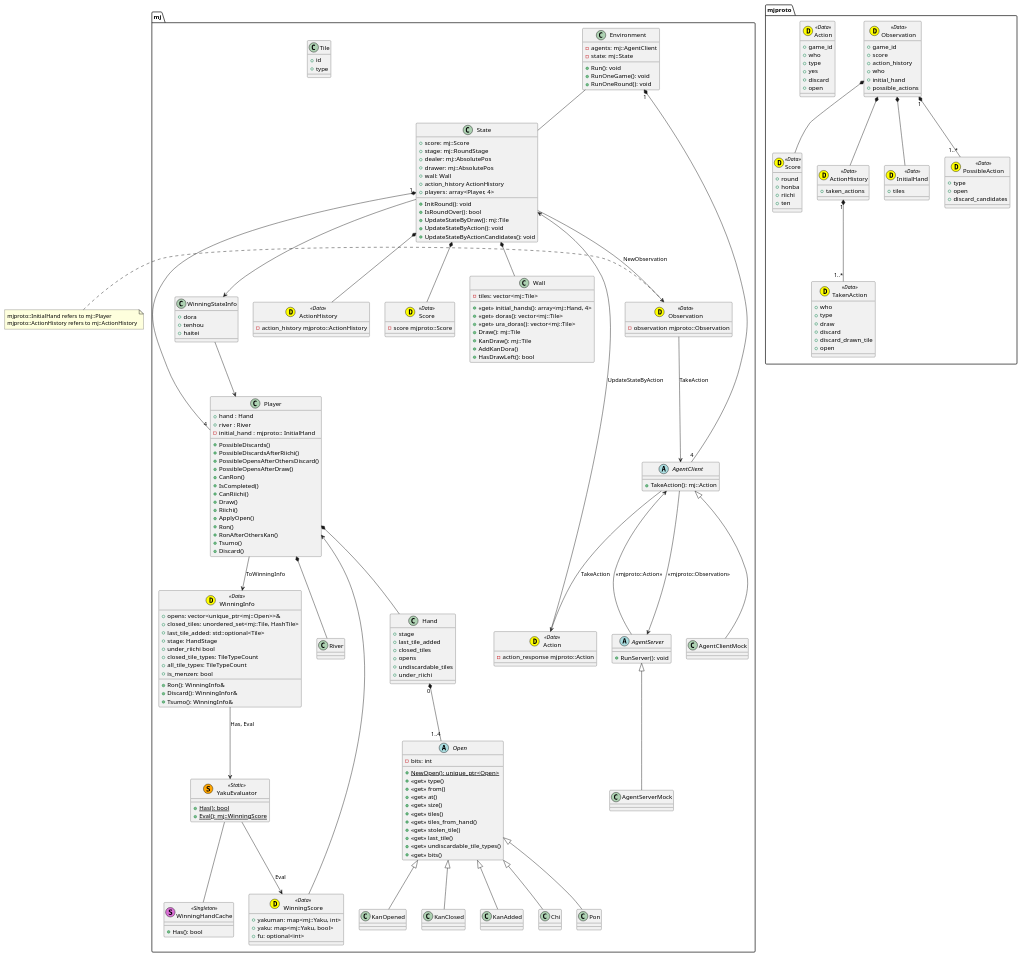
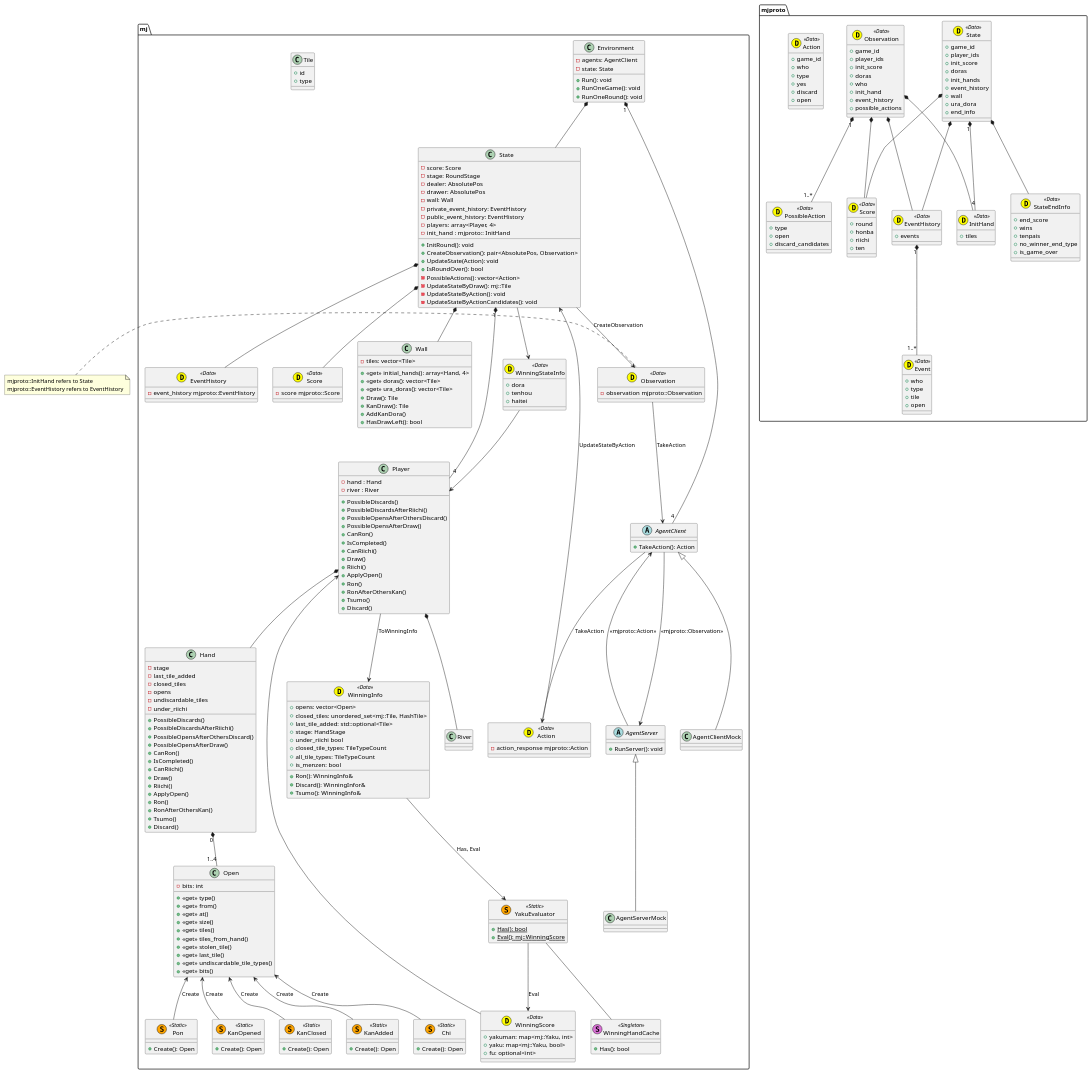
One commit to mjx-project/mjx changed the diagram in diagram.pu. Above: the diagram before and after it, drawn with PlantUML.

Commit message:
docs: update diagrams

```diff
--- a/diagram.pu
+++ b/diagram.pu
@@ -9,20 +9,18 @@
   + ten 
 }
 
-class mjproto::TakenAction <<(D,yellow) Data>> {
+class mjproto::Event <<(D,yellow) Data>> {
   + who
   + type 
-  + draw 
-  + discard 
-  + discard_drawn_tile
+  + tile
   + open
 }
 
-class mjproto::ActionHistory <<(D,yellow) Data>> {
-  + taken_actions 
+class mjproto::EventHistory <<(D,yellow) Data>> {
+  + events
 }
 
-class mjproto::InitialHand <<(D,yellow) Data>> {
+class mjproto::InitHand <<(D,yellow) Data>> {
   + tiles
 }
 
@@ -32,12 +30,34 @@
   + discard_candidates
 }
 
+class mjproto::State <<(D,yellow) Data>> {
+  + game_id
+  + player_ids
+  + init_score
+  + doras
+  + init_hands
+  + event_history
+  + wall
+  + ura_dora
+  + end_info
+} 
+
+class mjproto::StateEndInfo <<(D,yellow) Data>> {
+  + end_score
+  + wins
+  + tenpais 
+  + no_winner_end_type
+  + is_game_over
+}
+
 class mjproto::Observation <<(D,yellow) Data>> {
   + game_id
-  + score
-  + action_history
+  + player_ids
+  + init_score
+  + doras
   + who
-  + initial_hand 
+  + init_hand 
+  + event_history
   + possible_actions
 }
 
@@ -51,16 +71,21 @@
 }
 
 mjproto::Observation *-- mjproto::Score
-mjproto::Observation *-- mjproto::ActionHistory
-mjproto::Observation *-- mjproto::InitialHand
+mjproto::Observation *-- mjproto::EventHistory
+mjproto::Observation *-- mjproto::InitHand
 mjproto::Observation "1" *-- "1..*" mjproto::PossibleAction
 
-mjproto::ActionHistory "1" *-- "1..*" mjproto::TakenAction
+mjproto::State *-- mjproto::Score
+mjproto::State *-- mjproto::EventHistory
+mjproto::State "1" *-- "4" mjproto::InitHand
+mjproto::State *-- mjproto::StateEndInfo
+
+mjproto::EventHistory "1" *-- "1..*" mjproto::Event
 
 
 class mj::Environment {
-    - agents: mj::AgentClient
-    - state: mj::State
+    - agents: AgentClient
+    - state: State
     + Run(): void
     + RunOneGame(): void
     + RunOneRound(): void
@@ -75,7 +100,7 @@
     + Has(): bool
 }
 
-class mj::WinningStateInfo {
+class mj::WinningStateInfo <<(D,yellow) Data>> {
   + dora
   + tenhou
   + haitei
@@ -88,7 +113,7 @@
 }
 
 class mj::WinningInfo <<(D,yellow) Data>> {
-    + opens: vector<unique_ptr<mj::Open>>& 
+    + opens: vector<Open>
     + closed_tiles: unordered_set<mj::Tile, HashTile> 
     + last_tile_added: std::optional<Tile> 
     + stage: HandStage 
@@ -102,24 +127,28 @@
 }
 
 class mj::State {
-    + score: mj::Score
-    + stage: mj::RoundStage
-    + dealer: mj::AbsolutePos
-    + drawer: mj::AbsolutePos
-    + wall: Wall
-    + action_history ActionHistory 
-    + players: array<Player, 4>
+    - score: Score
+    - stage: RoundStage
+    - dealer: AbsolutePos
+    - drawer: AbsolutePos
+    - wall: Wall
+    - private_event_history: EventHistory
+    - public_event_history: EventHistory
+    - players: array<Player, 4>
+    - init_hand : mjproto:: InitHand
     + InitRound(): void
+    + CreateObservation(): pair<AbsolutePos, Observation>
+    + UpdateState(Action): void
     + IsRoundOver(): bool
-    + UpdateStateByDraw(): mj::Tile
-    + UpdateStateByAction(): void
-    + UpdateStateByActionCandidates(): void
+    - PossibleActions(): vector<Action>
+    - UpdateStateByDraw(): mj::Tile
+    - UpdateStateByAction(): void
+    - UpdateStateByActionCandidates(): void
 }
 
 class mj::Player {
-    + hand : Hand
-    + river : River
-    - initial_hand : mjproto:: InitialHand
+    - hand : Hand
+    - river : River
     + PossibleDiscards()
     + PossibleDiscardsAfterRiichi()
     + PossibleOpensAfterOthersDiscard()
@@ -140,16 +169,16 @@
     - observation mjproto::Observation
 }
 note left
-mjproto::InitialHand refers to mj::Player
-mjproto::ActionHistory refers to mj::ActionHistory
+mjproto::InitHand refers to State
+mjproto::EventHistory refers to EventHistory
 end note
 
-class mj::ActionHistory <<(D,yellow) Data>> {
-    - action_history mjproto::ActionHistory
+class mj::EventHistory <<(D,yellow) Data>> {
+    - event_history mjproto::EventHistory
 }
 
 abstract class mj::AgentClient {
-    + TakeAction(): mj::Action
+    + TakeAction(): Action
 }
 
 class mj::AgentClientMock {
@@ -170,12 +199,12 @@
 }
 
 class mj::Wall {
-    - tiles: vector<mj::Tile>
-    + <<get>> initial_hands(): array<mj::Hand, 4>
-    + <<get>> doras(): vector<mj::Tile>
-    + <<get>> ura_doras(): vector<mj::Tile>
-    + Draw(): mj::Tile
-    + KanDraw(): mj::Tile
+    - tiles: vector<Tile>
+    + <<get>> initial_hands(): array<Hand, 4>
+    + <<get>> doras(): vector<Tile>
+    + <<get>> ura_doras(): vector<Tile>
+    + Draw(): Tile
+    + KanDraw(): Tile
     + AddKanDora()
     + HasDrawLeft(): bool
 }
@@ -189,17 +218,31 @@
 }
 
 class mj::Hand {
-    + stage
-    + last_tile_added
-    + closed_tiles
-    + opens
-    + undiscardable_tiles
-    + under_riichi
+    - stage
+    - last_tile_added
+    - closed_tiles
+    - opens
+    - undiscardable_tiles
+    - under_riichi
+    + PossibleDiscards()
+    + PossibleDiscardsAfterRiichi()
+    + PossibleOpensAfterOthersDiscard()
+    + PossibleOpensAfterDraw()
+    + CanRon()
+    + IsCompleted()
+    + CanRiichi()
+    + Draw()
+    + Riichi()
+    + ApplyOpen()
+    + Ron()
+    + RonAfterOthersKan()
+    + Tsumo()
+    + Discard()
+
 }
 
-abstract class mj::Open {
+class mj::Open {
     - bits: int
-    + {static} NewOpen(): unique_ptr<Open>
     + <<get>> type()
     + <<get>> from()
     + <<get>> at()
@@ -212,24 +255,24 @@
     + <<get>> bits()
 }
 
-class mj::Chi {
-
+class mj::Chi <<(S,orange) Static>> {
+    + Create(): Open
 }
 
-class mj::Pon {
-
+class mj::Pon <<(S,orange) Static>> {
+    + Create(): Open
 }
 
-class mj::KanOpened {
-
+class mj::KanOpened <<(S,orange) Static>> {
+    + Create(): Open
 }
 
-class mj::KanClosed {
-
+class mj::KanClosed <<(S,orange) Static>> {
+    + Create(): Open
 }
 
-class mj::KanAdded {
-
+class mj::KanAdded <<(S,orange) Static>> {
+    + Create(): Open
 }
 
 class mj::Tile {
@@ -239,14 +282,14 @@
 
 
 mj::Environment "1" *-- "4" mj::AgentClient
-mj::Environment -- mj::State 
+mj::Environment *-- mj::State 
 
 mj::State <-- mj::Action : UpdateStateByAction
 mj::State *-- mj::Score 
 mj::State *-- mj::Wall
-mj::State *-- mj::ActionHistory
+mj::State *-- mj::EventHistory
 mj::State "1" *-- "4" mj::Player
-mj::State --> mj::Observation : NewObservation
+mj::State --> mj::Observation : CreateObservation
 mj::State --> mj::WinningStateInfo
 
 mj::WinningStateInfo --> mj::Player
@@ -259,11 +302,11 @@
 
 mj::Hand "0" *-- "1..4" mj::Open
 
-mj::Open <|-- mj::Chi
-mj::Open <|-- mj::Pon
-mj::Open <|-- mj::KanClosed
-mj::Open <|-- mj::KanOpened
-mj::Open <|-- mj::KanAdded
+mj::Open <-- mj::Chi : Create
+mj::Open <-- mj::Pon : Create
+mj::Open <-- mj::KanClosed : Create
+mj::Open <-- mj::KanOpened : Create
+mj::Open <-- mj::KanAdded : Create
 
 mj::WinningInfo --> mj::YakuEvaluator : Has, Eval
 
```
